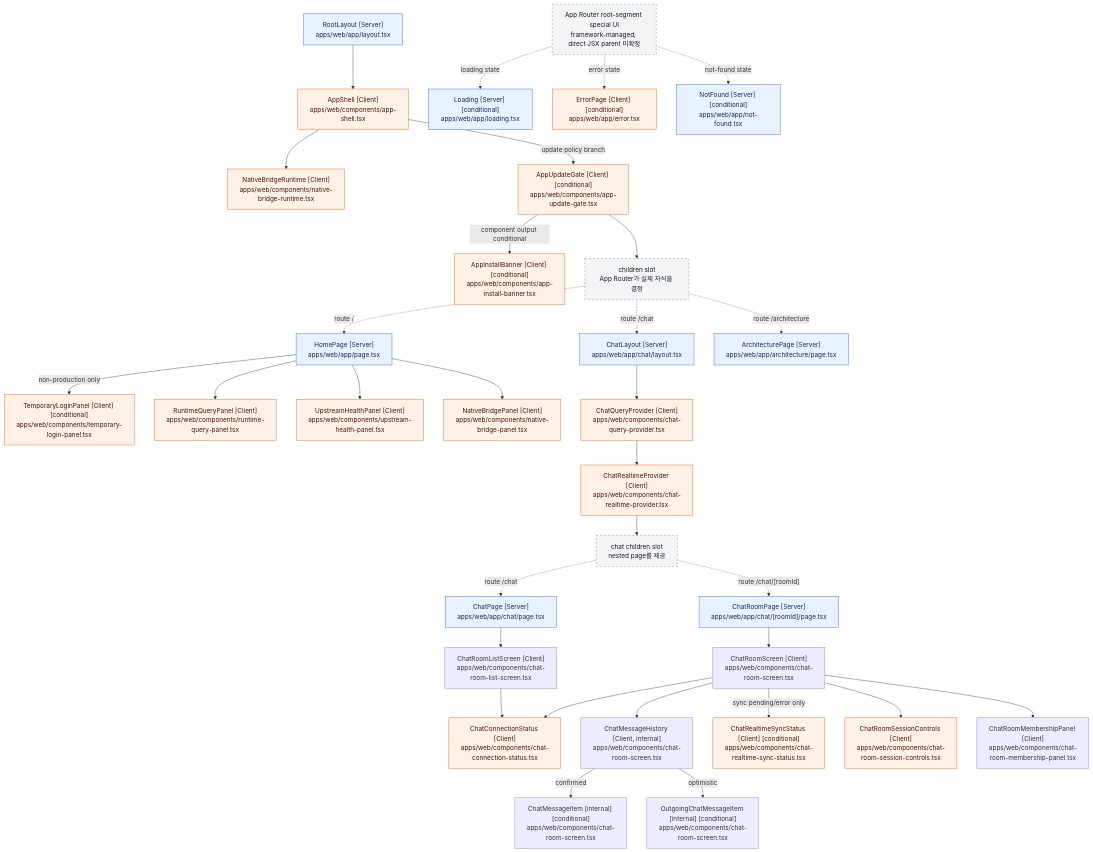
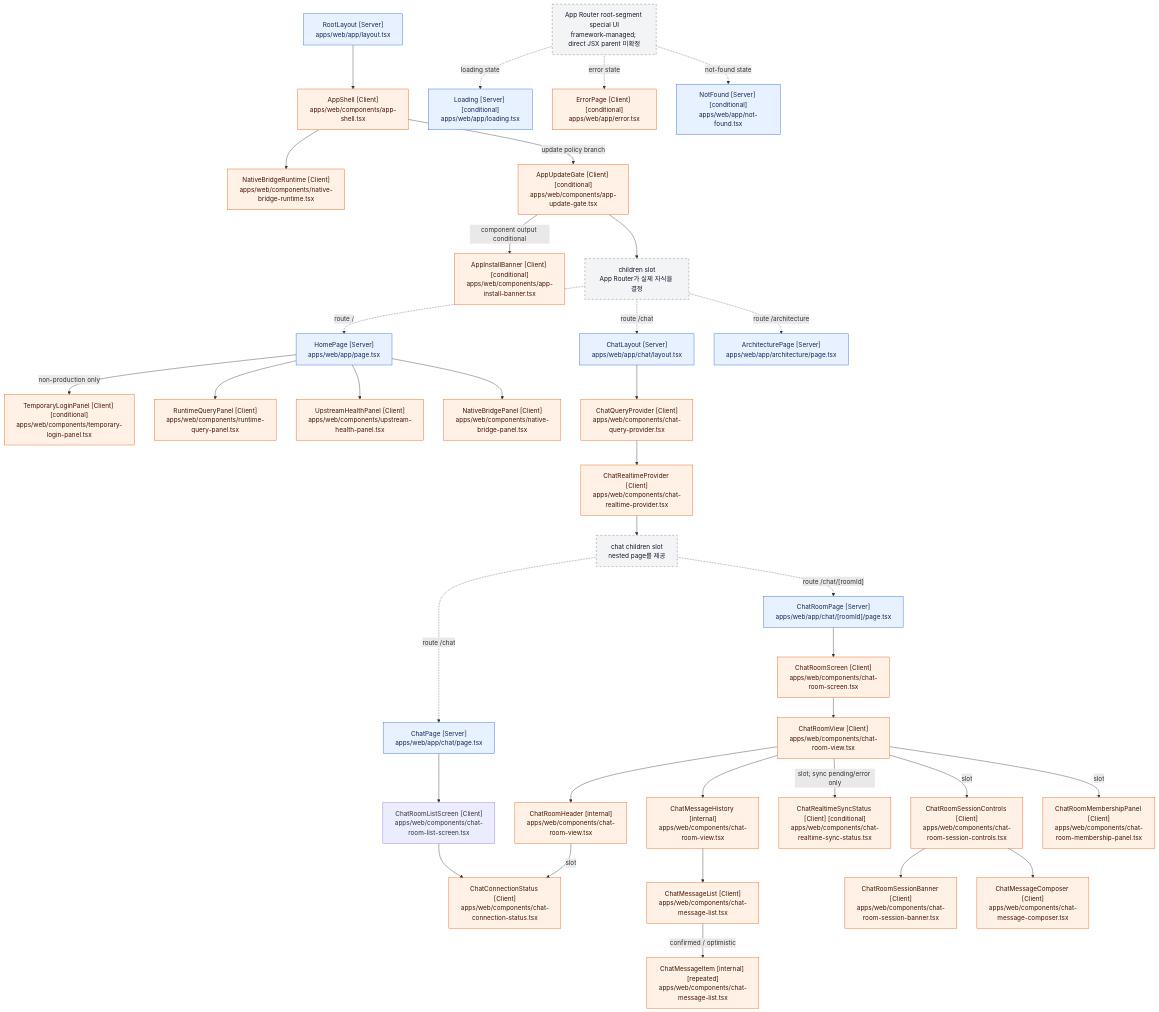
The diagram in docs/architecture/react-component-tree.md (mokpombc17-coder/CIVIC-AI), drawn with Mermaid before and after one commit. The commit also changed other lines of this file and 8 other files, not shown here.

Commit message:
refactor(chat): separate room views from domain logic

````diff
--- a/docs/architecture/react-component-tree.md
+++ b/docs/architecture/react-component-tree.md
@@ -138,13 +147,17 @@
     ChatRoomListScreen["ChatRoomListScreen [Client]<br/>apps/web/components/chat-room-list-screen.tsx"]
     ChatRoomPage["ChatRoomPage [Server]<br/>apps/web/app/chat/[roomId]/page.tsx"]
     ChatRoomScreen["ChatRoomScreen [Client]<br/>apps/web/components/chat-room-screen.tsx"]
-    ChatMessageHistory["ChatMessageHistory [Client, internal]<br/>apps/web/components/chat-room-screen.tsx"]
-    ChatMessageItem["ChatMessageItem [internal] [conditional]<br/>apps/web/components/chat-room-screen.tsx"]
-    OutgoingChatMessageItem["OutgoingChatMessageItem [internal] [conditional]<br/>apps/web/components/chat-room-screen.tsx"]
+    ChatRoomView["ChatRoomView [Client]<br/>apps/web/components/chat-room-view.tsx"]
+    ChatRoomHeader["ChatRoomHeader [internal]<br/>apps/web/components/chat-room-view.tsx"]
+    ChatMessageHistory["ChatMessageHistory [internal]<br/>apps/web/components/chat-room-view.tsx"]
+    ChatMessageList["ChatMessageList [Client]<br/>apps/web/components/chat-message-list.tsx"]
+    ChatMessageItem["ChatMessageItem [internal] [repeated]<br/>apps/web/components/chat-message-list.tsx"]
     ChatRoomMembershipPanel["ChatRoomMembershipPanel [Client]<br/>apps/web/components/chat-room-membership-panel.tsx"]
     ChatConnectionStatus["ChatConnectionStatus [Client]<br/>apps/web/components/chat-connection-status.tsx"]
     ChatRealtimeSyncStatus["ChatRealtimeSyncStatus [Client] [conditional]<br/>apps/web/components/chat-realtime-sync-status.tsx"]
     ChatRoomSessionControls["ChatRoomSessionControls [Client]<br/>apps/web/components/chat-room-session-controls.tsx"]
+    ChatRoomSessionBanner["ChatRoomSessionBanner [Client]<br/>apps/web/components/chat-room-session-banner.tsx"]
+    ChatMessageComposer["ChatMessageComposer [Client]<br/>apps/web/components/chat-message-composer.tsx"]
 
     ArchitecturePage["ArchitecturePage [Server]<br/>apps/web/app/architecture/page.tsx"]
 
@@ -174,13 +187,17 @@
     ChatPage --> ChatRoomListScreen
     ChatRoomListScreen --> ChatConnectionStatus
     ChatRoomPage --> ChatRoomScreen
-    ChatRoomScreen --> ChatConnectionStatus
-    ChatRoomScreen --> ChatMessageHistory
-    ChatMessageHistory -->|confirmed| ChatMessageItem
-    ChatMessageHistory -->|optimistic| OutgoingChatMessageItem
-    ChatRoomScreen -->|"sync pending/error only"| ChatRealtimeSyncStatus
-    ChatRoomScreen --> ChatRoomSessionControls
-    ChatRoomScreen --> ChatRoomMembershipPanel
+    ChatRoomScreen --> ChatRoomView
+    ChatRoomView --> ChatRoomHeader
+    ChatRoomHeader -->|"slot"| ChatConnectionStatus
+    ChatRoomView --> ChatMessageHistory
+    ChatMessageHistory --> ChatMessageList
+    ChatMessageList -->|"confirmed / optimistic"| ChatMessageItem
+    ChatRoomView -->|"slot; sync pending/error only"| ChatRealtimeSyncStatus
+    ChatRoomView -->|"slot"| ChatRoomSessionControls
+    ChatRoomSessionControls --> ChatRoomSessionBanner
+    ChatRoomSessionControls --> ChatMessageComposer
+    ChatRoomView -->|"slot"| ChatRoomMembershipPanel
 
     ChildrenSlot -. "route /architecture" .-> ArchitecturePage
 
@@ -193,6 +210,6 @@
     classDef framework fill:#f3f4f6,stroke:#6b7280,color:#111827,stroke-dasharray:5 5;
 
     class RootLayout,HomePage,ChatLayout,ChatPage,ChatRoomPage,ArchitecturePage,Loading,NotFound server;
-    class AppShell,NativeBridgeRuntime,AppUpdateGate,AppInstallBanner,TemporaryLoginPanel,RuntimeQueryPanel,UpstreamHealthPanel,NativeBridgePanel,ChatQueryProvider,ChatRealtimeProvider,ChatConnectionStatus,ChatRealtimeSyncStatus,ChatRoomSessionControls,ErrorPage client;
+    class AppShell,NativeBridgeRuntime,AppUpdateGate,AppInstallBanner,TemporaryLoginPanel,RuntimeQueryPanel,UpstreamHealthPanel,NativeBridgePanel,ChatQueryProvider,ChatRealtimeProvider,ChatRoomScreen,ChatRoomView,ChatRoomHeader,ChatMessageHistory,ChatMessageList,ChatMessageItem,ChatConnectionStatus,ChatRealtimeSyncStatus,ChatRoomSessionControls,ChatRoomSessionBanner,ChatMessageComposer,ChatRoomMembershipPanel,ErrorPage client;
     class ChildrenSlot,ChatChildrenSlot,SpecialBoundary framework;
 ```
````
